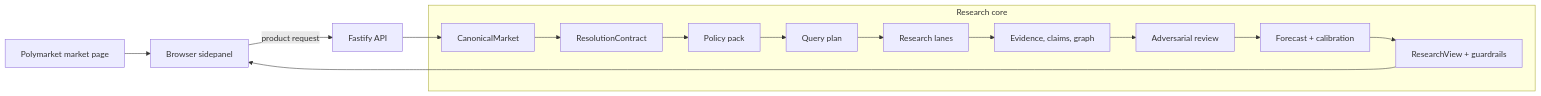
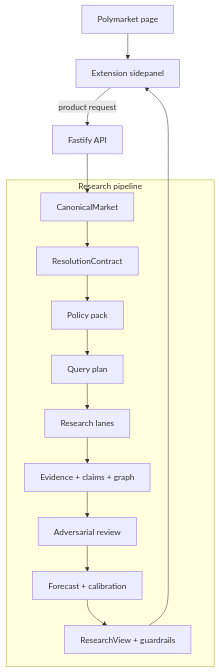
One commit to nuxxor/poli-deepresearch changed the first of 3 diagrams in README.md. Above: the diagram before and after it, drawn with Mermaid. The commit also changed other lines of this file, not shown here.

Commit message:
Refine Mermaid README diagrams

````diff
--- a/README.md
+++ b/README.md
@@ -52,23 +52,21 @@
 ```mermaid
-flowchart LR
-    PM[Polymarket market page]
-    EXT[Browser sidepanel]
-    API[Fastify API]
+flowchart TD
+    PM[Polymarket page] --> EXT[Extension sidepanel]
+    EXT -->|product request| API[Fastify API]
 
-    subgraph CORE[Research core]
+    subgraph CORE[Research pipeline]
         CAN[CanonicalMarket]
         RC[ResolutionContract]
         POLICY[Policy pack]
         PLAN[Query plan]
         LANES[Research lanes]
-        EVID[Evidence, claims, graph]
+        EVID[Evidence + claims + graph]
         REVIEW[Adversarial review]
         FORECAST[Forecast + calibration]
         VIEW[ResearchView + guardrails]
     end
 
-    PM --> EXT
-    EXT -->|product request| API
-    API --> CAN --> RC --> POLICY --> PLAN --> LANES --> EVID --> REVIEW --> FORECAST --> VIEW
+    API --> CAN
+    CAN --> RC --> POLICY --> PLAN --> LANES --> EVID --> REVIEW --> FORECAST --> VIEW
     VIEW --> EXT
 ```
````
